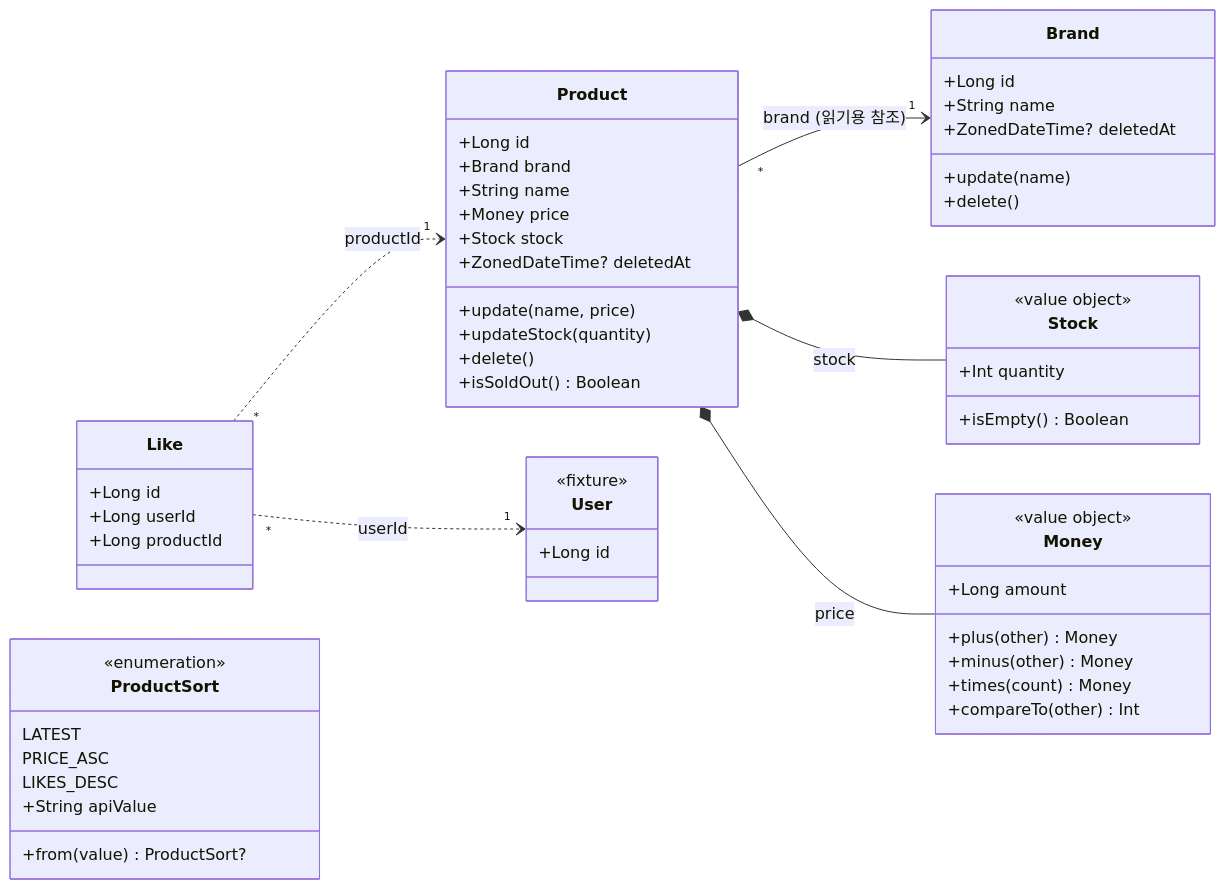
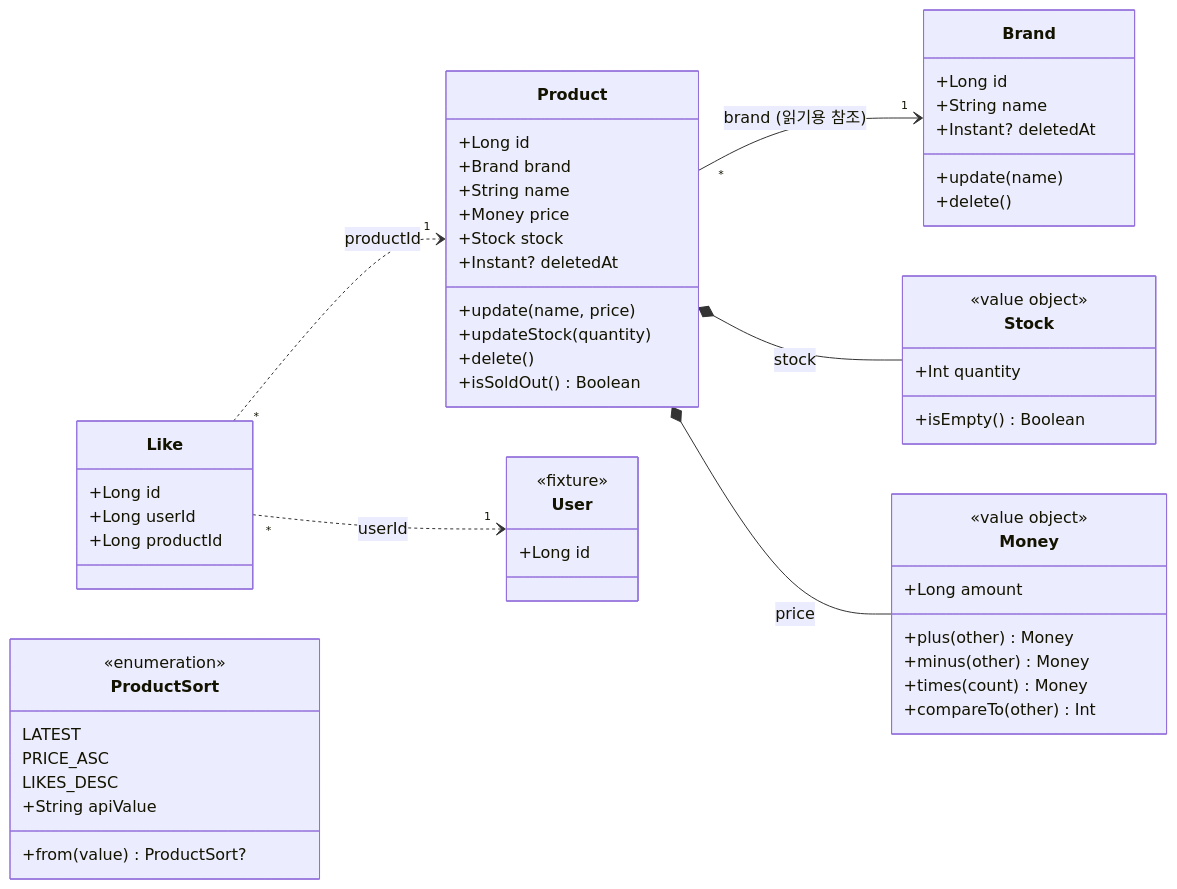
The second of 3 diagrams in docs/design/catalog.md (giwankim/loop-pack-be-l2-vol5-kotlin), drawn with Mermaid before and after one commit. The commit also changed 6 other files, not shown here.

````diff
--- a/docs/design/catalog.md
+++ b/docs/design/catalog.md
@@ -70,66 +70,66 @@
 ```mermaid
 classDiagram
     direction LR
 
     class Brand {
         +Long id
         +String name
-        +ZonedDateTime? deletedAt
+        +Instant? deletedAt
         +update(name)
         +delete()
     }
 
     class Product {
         +Long id
         +Brand brand
         +String name
         +Money price
         +Stock stock
-        +ZonedDateTime? deletedAt
+        +Instant? deletedAt
         +update(name, price)
         +updateStock(quantity)
         +delete()
         +isSoldOut() Boolean
     }
 
     class Stock {
         <<value object>>
         +Int quantity
         +isEmpty() Boolean
     }
 
     class Money {
         <<value object>>
         +Long amount
         +plus(other) Money
         +minus(other) Money
         +times(count) Money
         +compareTo(other) Int
     }
 
     class Like {
         +Long id
         +Long userId
         +Long productId
     }
 
     class User {
         <<fixture>>
         +Long id
     }
 
     class ProductSort {
         <<enumeration>>
         LATEST
         PRICE_ASC
         LIKES_DESC
         +String apiValue
         +from(value) ProductSort?
     }
 
     Product "*" --> "1" Brand : brand (읽기용 참조)
     Product *-- Stock : stock
     Product *-- Money : price
     Like "*" ..> "1" Product : productId
     Like "*" ..> "1" User : userId
 ```
````
